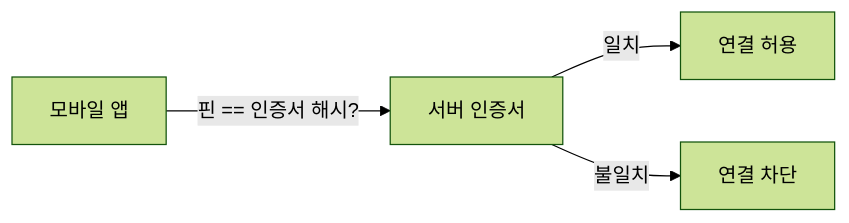
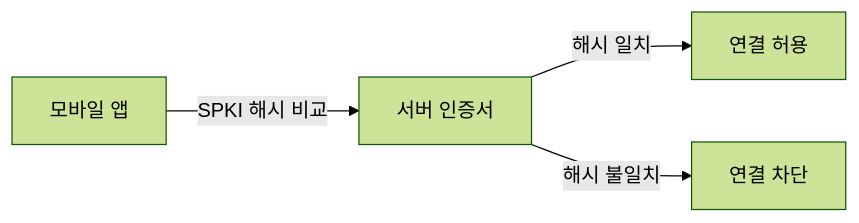
One commit to yjkim2015/yjkim2015.github.io changed the fifth of 10 diagrams in _posts/network/2026-05-03-https-tls.md. Above: the diagram before and after it, drawn with Mermaid (forest theme). The commit also changed other lines of this file and 4 other files, not shown here.

````diff
--- a/_posts/network/2026-05-03-https-tls.md
+++ b/_posts/network/2026-05-03-https-tls.md
@@ -144,8 +375,6 @@
 ```mermaid
 graph LR
-    App["모바일 앱"]
-    Cert["서버 인증서"]
-    App -->|"핀 == 인증서 해시?"| Cert
-    Cert -->|"일치"| OK["연결 허용"]
-    Cert -->|"불일치"| BLOCK["연결 차단"]
+    App["모바일 앱"] -->|"SPKI 해시 비교"| Cert["서버 인증서"]
+    Cert -->|"해시 일치"| OK["연결 허용"]
+    Cert -->|"해시 불일치"| BLOCK["연결 차단"]
 ```
````
